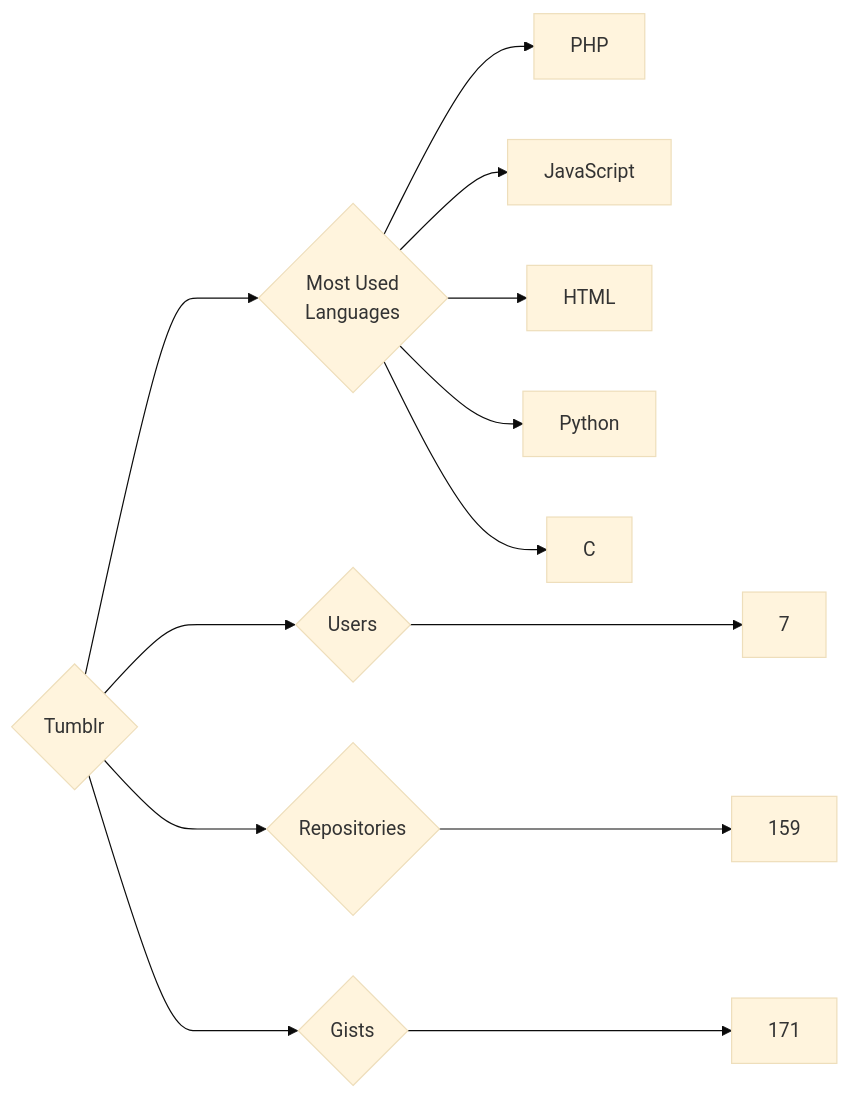
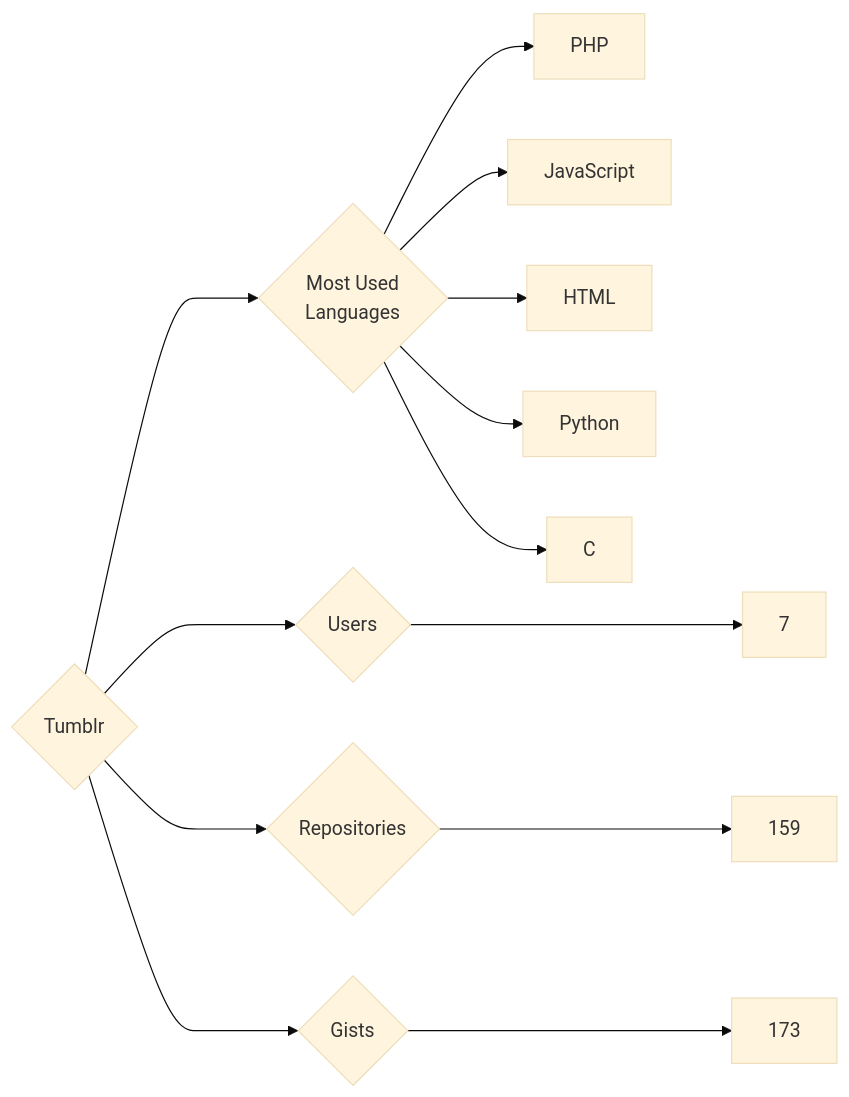
Before and after one commit to trickest/insiders: the diagram in targets/Tumblr/README.md, drawn with Mermaid (base theme). The commit also changed 835 other files, not shown here.

````diff
--- a/targets/Tumblr/README.md
+++ b/targets/Tumblr/README.md
@@ -3,13 +3,13 @@
 ```mermaid
 graph LR
 COMPANY_NAME{Tumblr}
 COMPANY_NAME ---> U{Users} ---> UN[7]
 COMPANY_NAME ---> R{Repositories} ---> RN[159]
-COMPANY_NAME ---> G{Gists} ---> GN[171]
+COMPANY_NAME ---> G{Gists} ---> GN[173]
 COMPANY_NAME ---> ML{Most Used<br>Languages}
 ML --> PHP[PHP]
 ML --> JavaScript[JavaScript]
 ML --> HTML[HTML]
 ML --> Python[Python]
 ML --> C[C]
 ```
````
